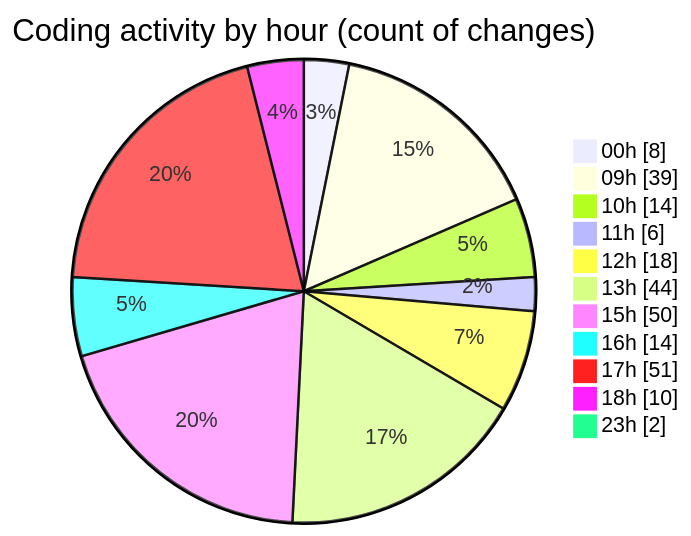
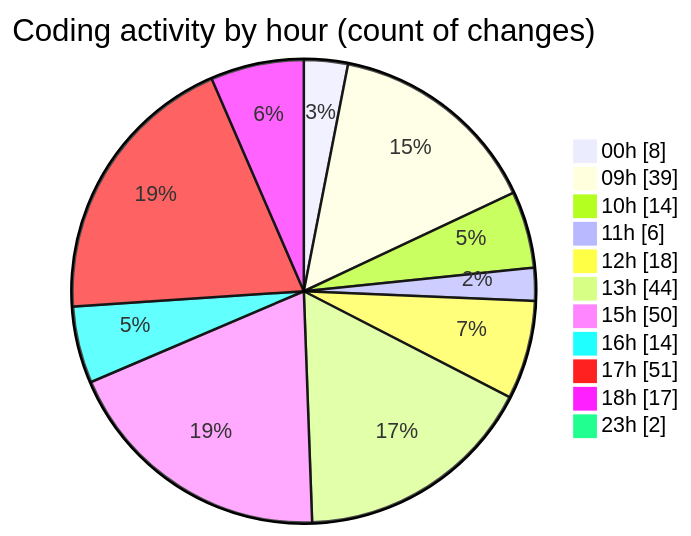
The second of 2 diagrams in 2025-12-18/cda/README.md (momahboobian/code-tracking), drawn with Mermaid before and after one commit. The commit also changed other lines of this file and 1 other file, not shown here.

````diff
--- a/2025-12-18/cda/README.md
+++ b/2025-12-18/cda/README.md
@@ -119,15 +119,15 @@
 ```mermaid
 pie showData
 title Coding activity by hour (count of changes)
 "00h" : 8
 "09h" : 39
 "10h" : 14
 "11h" : 6
 "12h" : 18
 "13h" : 44
 "15h" : 50
 "16h" : 14
 "17h" : 51
-"18h" : 10
+"18h" : 17
 "23h" : 2
 ```
````
